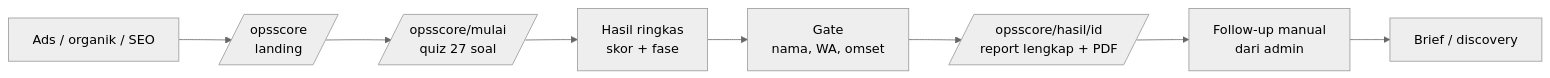
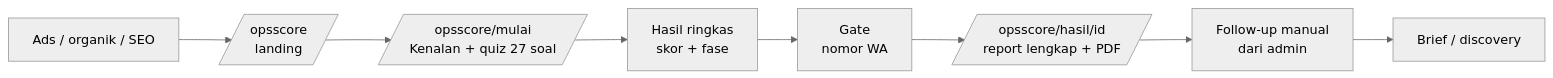
Before and after one commit to mwafiudin/coderoach: the diagram in docs/opsscore-brief.md, drawn with Mermaid (neutral theme). The commit also changed other lines of this file and 26 other files, not shown here.

````diff
--- a/docs/opsscore-brief.md
+++ b/docs/opsscore-brief.md
@@ -51,10 +60,10 @@
 ```mermaid
 flowchart LR
   A[Ads / organik / SEO] --> B[/opsscore<br/>landing/]
-  B --> C[/opsscore/mulai<br/>quiz 27 soal/]
+  B --> C[/opsscore/mulai<br/>Kenalan + quiz 27 soal/]
   C --> D[Hasil ringkas<br/>skor + fase]
-  D --> E[Gate<br/>nama, WA, omset]
+  D --> E[Gate<br/>nomor WA]
   E --> F[/opsscore/hasil/id<br/>report lengkap + PDF/]
   F --> G[Follow-up manual<br/>dari admin]
   G --> H[Brief / discovery]
 ```
````
